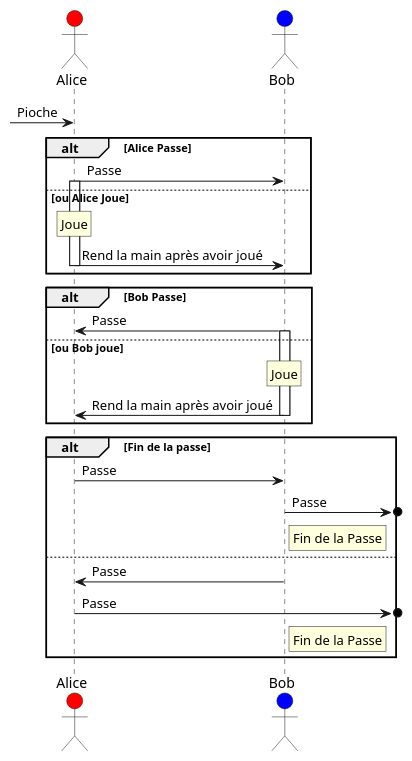
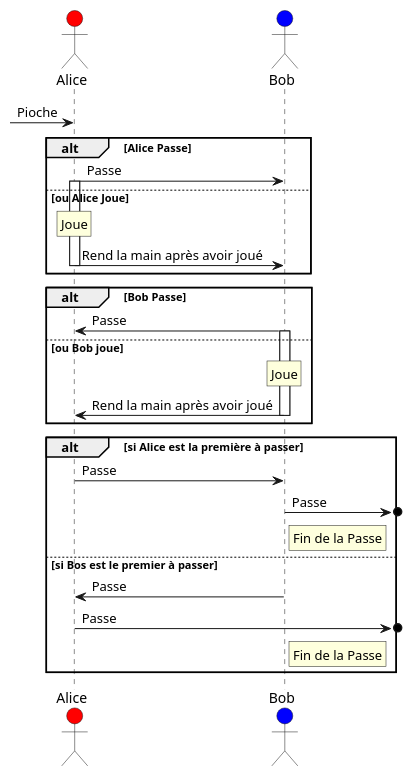
The seventh of 7 diagrams in sphérier/référence/phases-de-jeu/combat.md (de-dale/wiki), drawn with PlantUML before and after one commit. The commit also changed other lines of this file, not shown here.

Commit message:
docs: update sphérier/référence/phases-de-jeu/combat

````diff
--- a/sphérier/référence/phases-de-jeu/combat.md
+++ b/sphérier/référence/phases-de-jeu/combat.md
@@ -229,34 +229,34 @@
 ```plantuml
 actor Alice #red
 actor Bob #blue
 [-> Alice : Pioche
 
 
 deactivate Bob
   
 alt Alice Passe  
 	Alice -> Bob : Passe
 else ou Alice Joue
 	activate Alice
 	rnote over Alice: Joue
 	Alice -> Bob -- : Rend la main après avoir joué
 end
 
 alt Bob Passe
 	Bob -> Alice : Passe
 else ou Bob joue
   activate Bob
 	rnote over Bob: Joue
 	Bob -> Alice -- : Rend la main après avoir joué
 end
 
-alt Fin de la passe
+alt si Alice est la première à passer
 	Alice -> Bob -- : Passe
 	Bob ->o] : Passe
 	rnote right of Bob: Fin de la Passe
-else 
+else si Bos est le premier à passer
 	Bob -> Alice : Passe
 	Alice ->o] : Passe
 	rnote right of Bob: Fin de la Passe
 end
 ```
````
